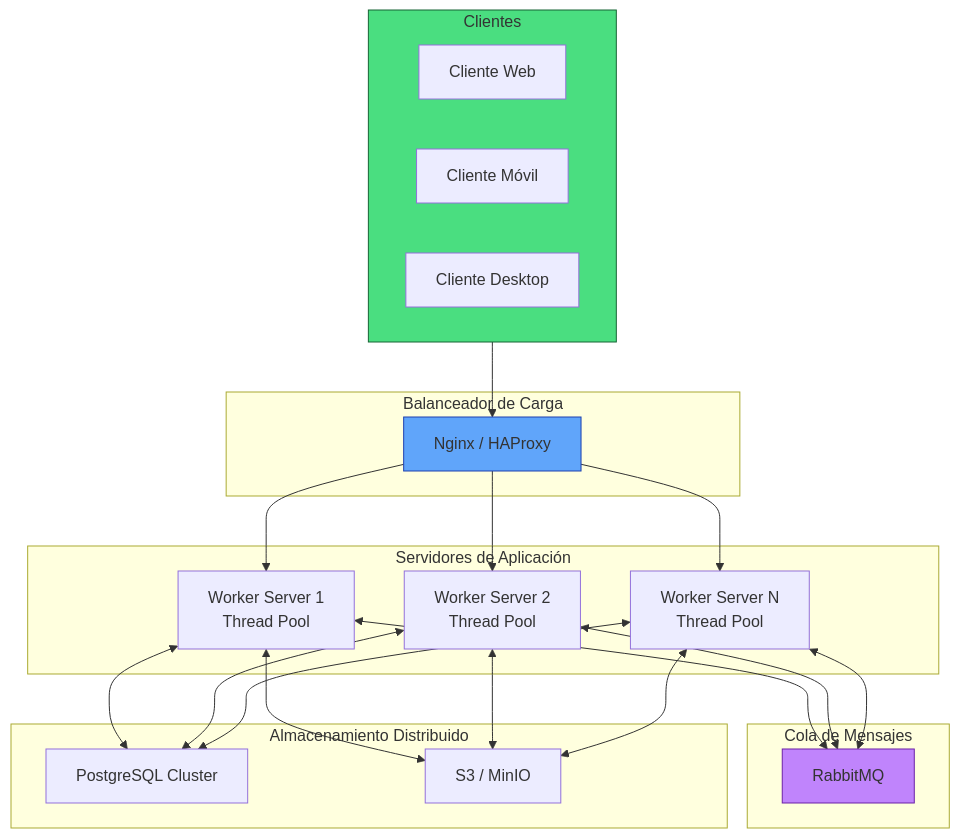
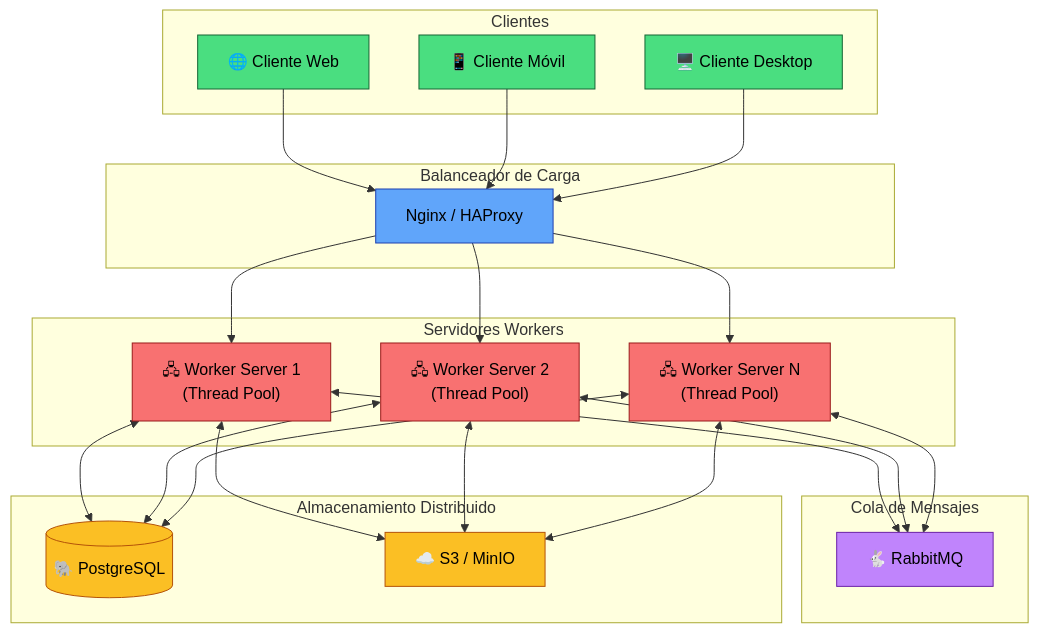
Before and after one commit to diegoginard/TP3-programacion-sobre-redes: the diagram in Diagram.md, drawn with Mermaid. The commit also changed other lines of this file and 3 other files, not shown here.

Commit message:
PFO3: Servidor y Cliente con sockets TCP y ThreadPoolExecutor

````diff
--- a/Diagram.md
+++ b/Diagram.md
@@ -3,53 +3,59 @@
 ```mermaid
 flowchart TD
     subgraph Clientes
-        C1[Cliente Web]
-        C2[Cliente Móvil]
-        C3[Cliente Desktop]
+        C1[🌐 Cliente Web]
+        C2[📱 Cliente Móvil]
+        C3[🖥️ Cliente Desktop]
     end
 
-    subgraph "Balanceador de Carga"
-        LB[Nginx / HAProxy]
+    subgraph LB["Balanceador de Carga"]
+        NX[Nginx / HAProxy]
     end
 
-    subgraph "Servidores de Aplicación"
-        S1[Worker Server 1\nThread Pool]
-        S2[Worker Server 2\nThread Pool]
-        S3[Worker Server N\nThread Pool]
+    subgraph Servidores["Servidores Workers"]
+        S1["🖧 Worker Server 1\n(Thread Pool)"]
+        S2["🖧 Worker Server 2\n(Thread Pool)"]
+        S3["🖧 Worker Server N\n(Thread Pool)"]
     end
 
-    subgraph "Cola de Mensajes"
-        MQ[RabbitMQ]
+    subgraph Cola["Cola de Mensajes"]
+        MQ[🐇 RabbitMQ]
     end
 
-    subgraph "Almacenamiento Distribuido"
-        DB[PostgreSQL Cluster]
-        S3Storage[S3 / MinIO]
+    subgraph Almacenamiento["Almacenamiento Distribuido"]
+        DB[(🐘 PostgreSQL)]
+        S3S[☁️ S3 / MinIO]
     end
 
-    Clientes --> LB
-    LB --> S1
-    LB --> S2
-    LB --> S3
+    C1 --> NX
+    C2 --> NX
+    C3 --> NX
+
+    NX --> S1
+    NX --> S2
+    NX --> S3
+
     S1 <--> MQ
     S2 <--> MQ
     S3 <--> MQ
+
     S1 <--> DB
     S2 <--> DB
     S3 <--> DB
-    S1 <--> S3Storage
-    S2 <--> S3Storage
-    S3 <--> S3Storage
 
-    classDef client fill:#4ade80,stroke:#166534
-    classDef lb fill:#60a5fa,stroke:#1e40af
-    classDef server fill:#f87171,stroke:#991b1b
-    classDef queue fill:#c084fc,stroke:#6b21a8
-    classDef storage fill:#fbbf24,stroke:#b45309
+    S1 <--> S3S
+    S2 <--> S3S
+    S3 <--> S3S
 
-    class Clientes client
-    class LB lb
-    class Servidores server
-    class MQ queue
-    class Almacenamiento storage
+    classDef clientStyle fill:#4ade80,stroke:#166534,color:#000
+    classDef lbStyle fill:#60a5fa,stroke:#1e40af,color:#000
+    classDef serverStyle fill:#f87171,stroke:#991b1b,color:#000
+    classDef queueStyle fill:#c084fc,stroke:#6b21a8,color:#000
+    classDef storageStyle fill:#fbbf24,stroke:#b45309,color:#000
+
+    class C1,C2,C3 clientStyle
+    class NX lbStyle
+    class S1,S2,S3 serverStyle
+    class MQ queueStyle
+    class DB,S3S storageStyle
 ```
````
